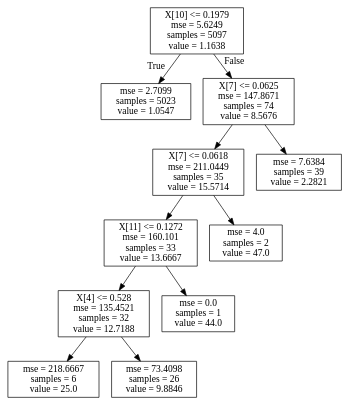
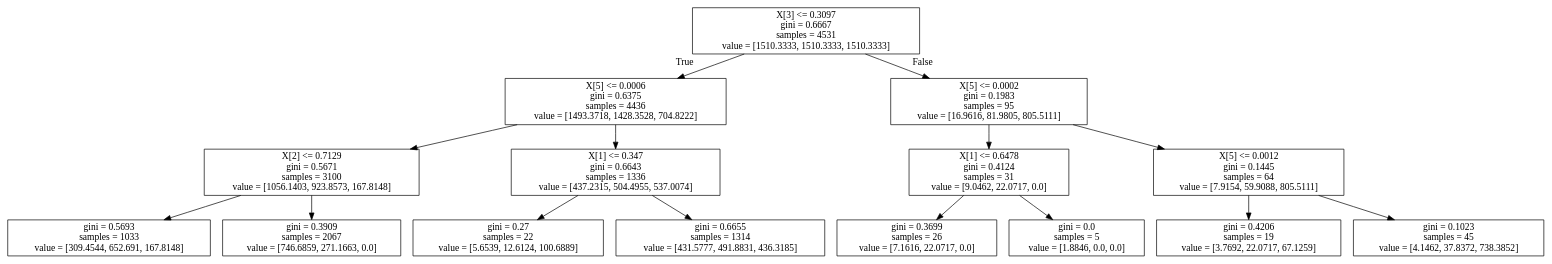
The diagram in PowerOutagePredictor/Tree/tree_all_nor.dot (Yuanyuan-Shi/PowerOutagePredictor), drawn with Graphviz before and after one commit. The commit also changed 10 other files, not shown here.

```diff
--- a/PowerOutagePredictor/Tree/tree_all_nor.dot
+++ b/PowerOutagePredictor/Tree/tree_all_nor.dot
@@ -1,24 +1,32 @@
 digraph Tree {
 node [shape=box] ;
-0 [label="X[10] <= 0.1979\nmse = 5.6249\nsamples = 5097\nvalue = 1.1638"] ;
-1 [label="mse = 2.7099\nsamples = 5023\nvalue = 1.0547"] ;
+0 [label="X[3] <= 0.3097\ngini = 0.6667\nsamples = 4531\nvalue = [1510.3333, 1510.3333, 1510.3333]"] ;
+1 [label="X[5] <= 0.0006\ngini = 0.6375\nsamples = 4436\nvalue = [1493.3718, 1428.3528, 704.8222]"] ;
 0 -> 1 [labeldistance=2.5, labelangle=45, headlabel="True"] ;
-2 [label="X[7] <= 0.0625\nmse = 147.8671\nsamples = 74\nvalue = 8.5676"] ;
-0 -> 2 [labeldistance=2.5, labelangle=-45, headlabel="False"] ;
-3 [label="X[7] <= 0.0618\nmse = 211.0449\nsamples = 35\nvalue = 15.5714"] ;
+2 [label="X[2] <= 0.7129\ngini = 0.5671\nsamples = 3100\nvalue = [1056.1403, 923.8573, 167.8148]"] ;
+1 -> 2 ;
+3 [label="gini = 0.5693\nsamples = 1033\nvalue = [309.4544, 652.691, 167.8148]"] ;
 2 -> 3 ;
-5 [label="X[11] <= 0.1272\nmse = 160.101\nsamples = 33\nvalue = 13.6667"] ;
-3 -> 5 ;
-7 [label="X[4] <= 0.528\nmse = 135.4521\nsamples = 32\nvalue = 12.7188"] ;
+4 [label="gini = 0.3909\nsamples = 2067\nvalue = [746.6859, 271.1663, 0.0]"] ;
+2 -> 4 ;
+5 [label="X[1] <= 0.347\ngini = 0.6643\nsamples = 1336\nvalue = [437.2315, 504.4955, 537.0074]"] ;
+1 -> 5 ;
+6 [label="gini = 0.27\nsamples = 22\nvalue = [5.6539, 12.6124, 100.6889]"] ;
+5 -> 6 ;
+7 [label="gini = 0.6655\nsamples = 1314\nvalue = [431.5777, 491.8831, 436.3185]"] ;
 5 -> 7 ;
-9 [label="mse = 218.6667\nsamples = 6\nvalue = 25.0"] ;
-7 -> 9 ;
-10 [label="mse = 73.4098\nsamples = 26\nvalue = 9.8846"] ;
-7 -> 10 ;
-8 [label="mse = 0.0\nsamples = 1\nvalue = 44.0"] ;
-5 -> 8 ;
-6 [label="mse = 4.0\nsamples = 2\nvalue = 47.0"] ;
-3 -> 6 ;
-4 [label="mse = 7.6384\nsamples = 39\nvalue = 2.2821"] ;
-2 -> 4 ;
+8 [label="X[5] <= 0.0002\ngini = 0.1983\nsamples = 95\nvalue = [16.9616, 81.9805, 805.5111]"] ;
+0 -> 8 [labeldistance=2.5, labelangle=-45, headlabel="False"] ;
+9 [label="X[1] <= 0.6478\ngini = 0.4124\nsamples = 31\nvalue = [9.0462, 22.0717, 0.0]"] ;
+8 -> 9 ;
+10 [label="gini = 0.3699\nsamples = 26\nvalue = [7.1616, 22.0717, 0.0]"] ;
+9 -> 10 ;
+11 [label="gini = 0.0\nsamples = 5\nvalue = [1.8846, 0.0, 0.0]"] ;
+9 -> 11 ;
+12 [label="X[5] <= 0.0012\ngini = 0.1445\nsamples = 64\nvalue = [7.9154, 59.9088, 805.5111]"] ;
+8 -> 12 ;
+13 [label="gini = 0.4206\nsamples = 19\nvalue = [3.7692, 22.0717, 67.1259]"] ;
+12 -> 13 ;
+14 [label="gini = 0.1023\nsamples = 45\nvalue = [4.1462, 37.8372, 738.3852]"] ;
+12 -> 14 ;
 }
```
